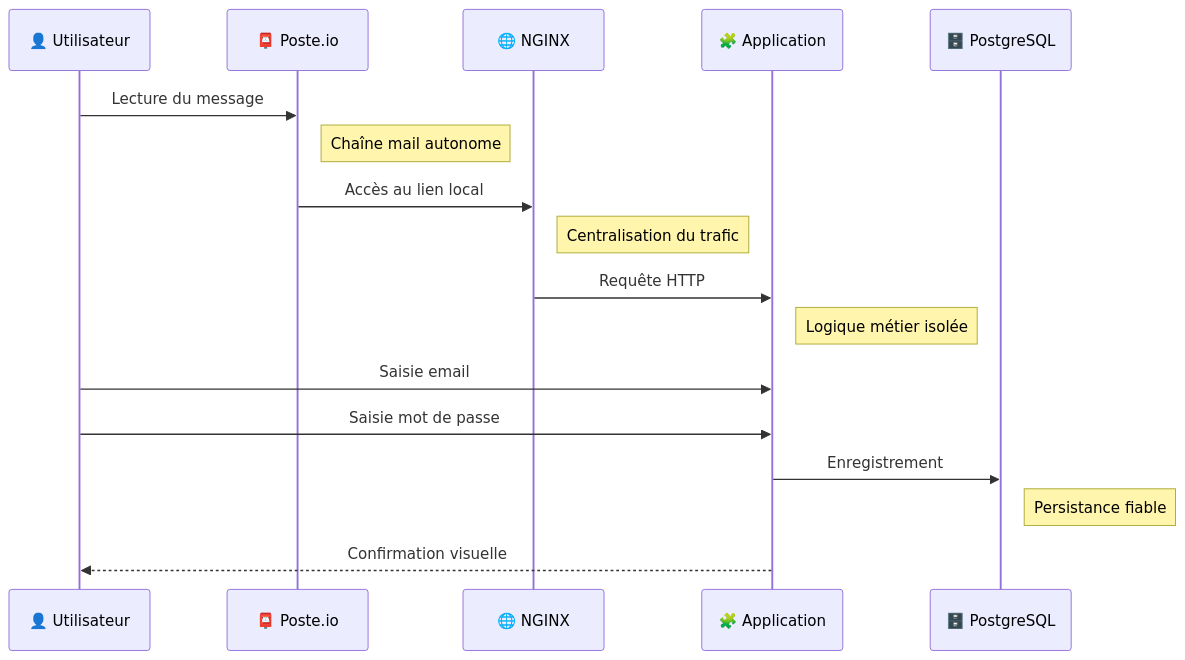
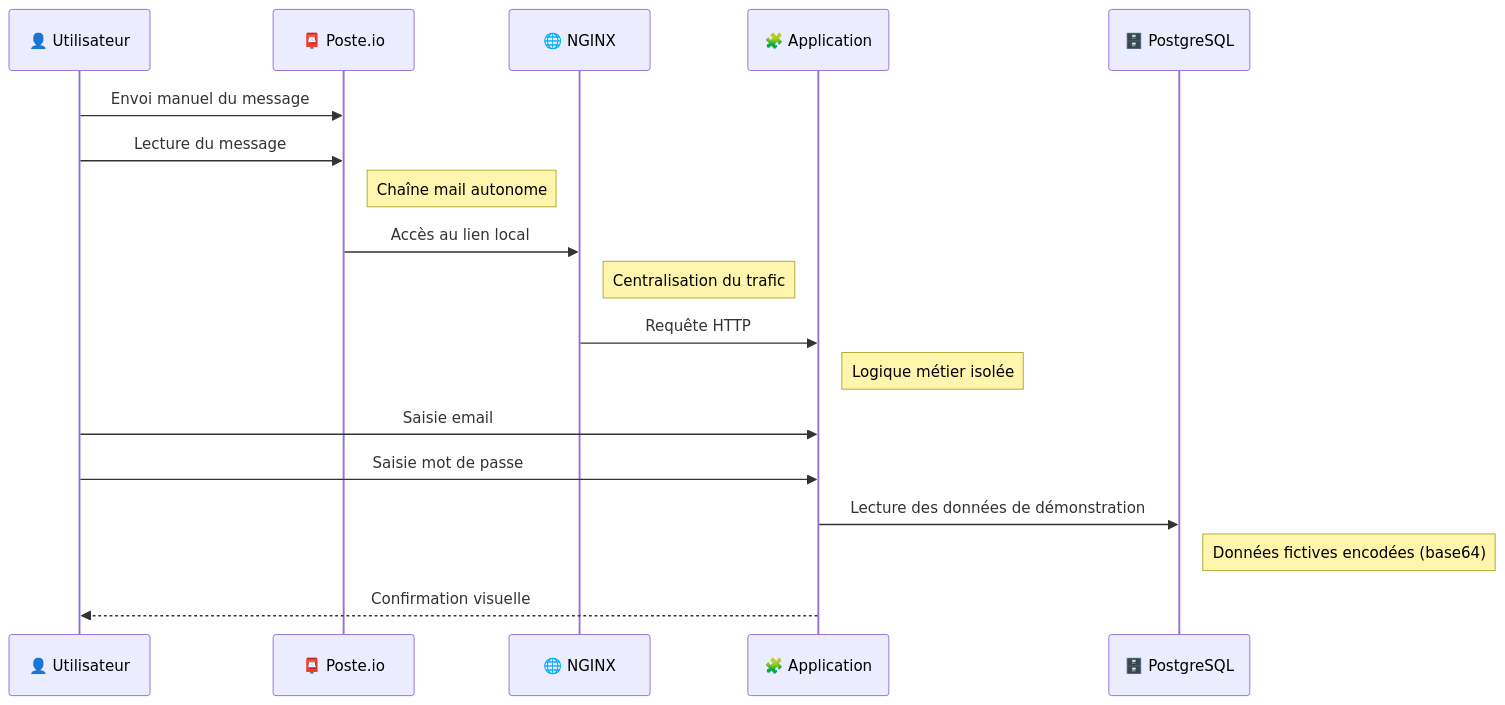
The second of 2 diagrams in README.md (Alidrix/L_ATELIER), drawn with Mermaid before and after one commit. The commit also changed other lines of this file and 7 other files, not shown here.

Commit message:
Add demo admin access and confirmation flow

````diff
--- a/README.md
+++ b/README.md
@@ -51,20 +52,21 @@
 ```mermaid
 sequenceDiagram
   participant U as 👤 Utilisateur
   participant M as 📮 Poste.io
   participant N as 🌐 NGINX
   participant A as 🧩 Application
   participant D as 🗄️ PostgreSQL
 
+  U->>M: Envoi manuel du message
   U->>M: Lecture du message
   Note right of M: Chaîne mail autonome
   M->>N: Accès au lien local
   Note right of N: Centralisation du trafic
   N->>A: Requête HTTP
   Note right of A: Logique métier isolée
   U->>A: Saisie email
   U->>A: Saisie mot de passe
-  A->>D: Enregistrement
-  Note right of D: Persistance fiable
+  A->>D: Lecture des données de démonstration
+  Note right of D: Données fictives encodées (base64)
   A-->>U: Confirmation visuelle
 ```
````
